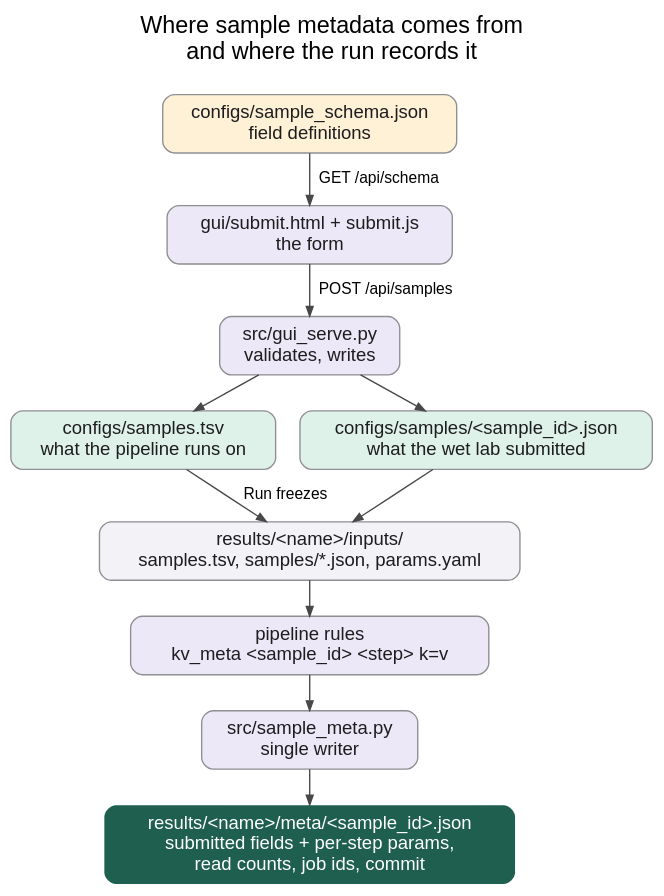
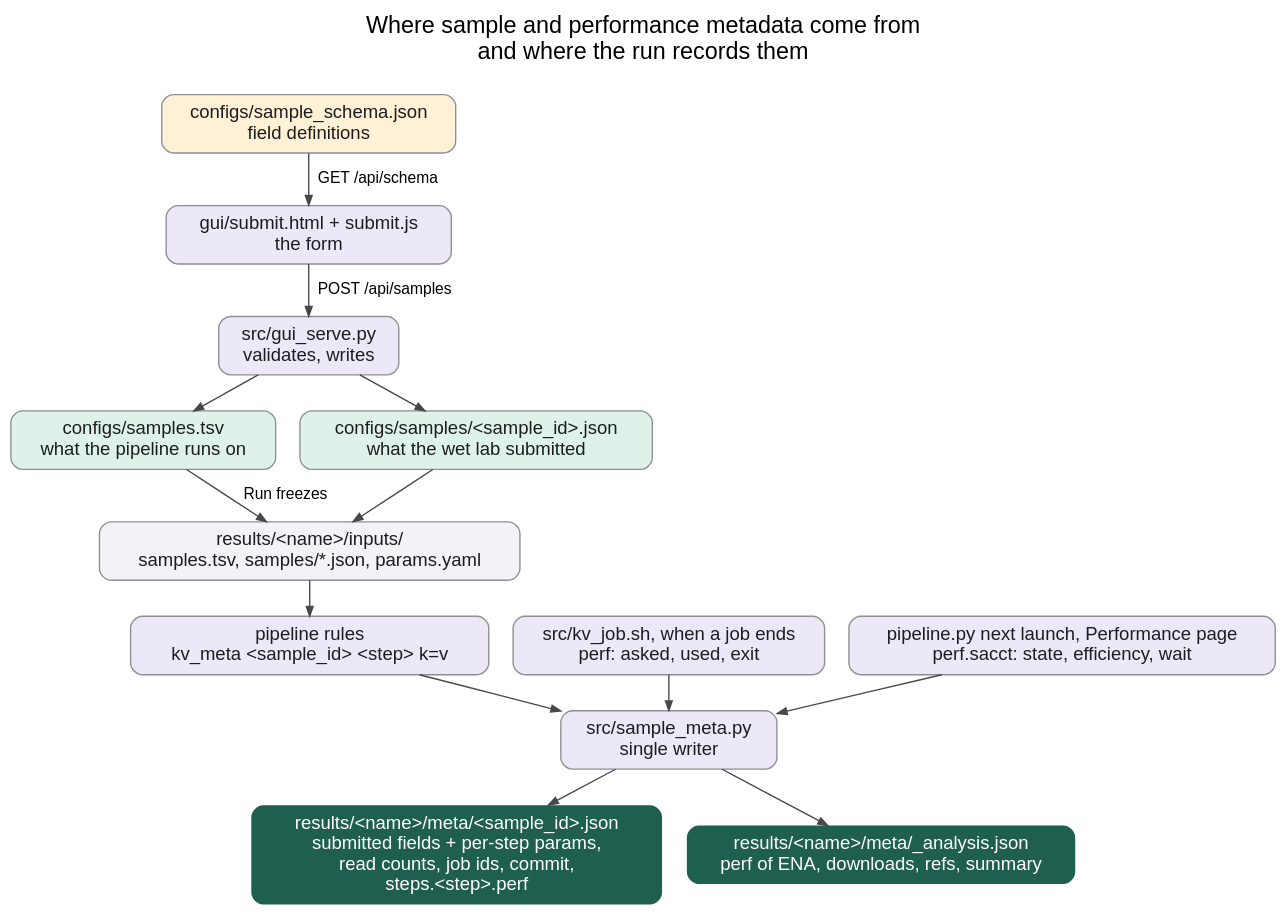
Before and after one commit to ssenci97/ONT-CRISPR-knock-in: the diagram in docs/diagrams/04_metadata.dot, drawn with Graphviz. The commit also changed 12 other files, not shown here.

```diff
--- a/docs/diagrams/04_metadata.dot
+++ b/docs/diagrams/04_metadata.dot
@@ -1,22 +1,26 @@
 digraph metadata {
   graph [rankdir=TB, bgcolor="white", fontname="Helvetica", fontsize=24, labelloc=t, nodesep=0.35, ranksep=0.5,
-         label="Where sample metadata comes from\nand where the run records it\n "];
+         label="Where sample and performance metadata come from\nand where the run records them\n "];
   node [fontname="Helvetica", fontsize=19, shape=box, style="rounded,filled", color="#8e8e93", penwidth=1.4, fontcolor="#1d1d1f", margin="0.2,0.12"];
   edge [color="#48484a", arrowsize=1.0, penwidth=1.4, fontname="Helvetica", fontsize=16];
 
   schema [label="configs/sample_schema.json\nfield definitions", fillcolor="#fff1d6"];
   form   [label="gui/submit.html + submit.js\nthe form", fillcolor="#ece8f7"];
   serve  [label="src/gui_serve.py\nvalidates, writes", fillcolor="#ece8f7"];
   sheet  [label="configs/samples.tsv\nwhat the pipeline runs on", fillcolor="#dff2ea"];
   sjson  [label="configs/samples/<sample_id>.json\nwhat the wet lab submitted", fillcolor="#dff2ea"];
   frozen [label="results/<name>/inputs/\nsamples.tsv, samples/*.json, params.yaml", fillcolor="#f2f2f7"];
   steps  [label="pipeline rules\nkv_meta <sample_id> <step> k=v", fillcolor="#ece8f7"];
   writer [label="src/sample_meta.py\nsingle writer", fillcolor="#ece8f7"];
-  rjson  [label="results/<name>/meta/<sample_id>.json\nsubmitted fields + per-step params,\nread counts, job ids, commit", fillcolor="#1f5f4f", fontcolor="white", penwidth=0];
+  rjson  [label="results/<name>/meta/<sample_id>.json\nsubmitted fields + per-step params,\nread counts, job ids, commit,\nsteps.<step>.perf", fillcolor="#1f5f4f", fontcolor="white", penwidth=0];
+  ajson  [label="results/<name>/meta/_analysis.json\nperf of ENA, downloads, refs, summary", fillcolor="#1f5f4f", fontcolor="white", penwidth=0];
+  job    [label="src/kv_job.sh, when a job ends\nperf: asked, used, exit", fillcolor="#ece8f7"];
+  acct   [label="pipeline.py next launch, Performance page\nperf.sacct: state, efficiency, wait", fillcolor="#ece8f7"];
 
   schema -> form [label=" GET /api/schema"];
   form -> serve [label=" POST /api/samples"];
   serve -> sheet; serve -> sjson;
   sheet -> frozen [label=" Run freezes"]; sjson -> frozen;
   frozen -> steps -> writer -> rjson;
+  job -> writer; acct -> writer; writer -> ajson;
 }
```
